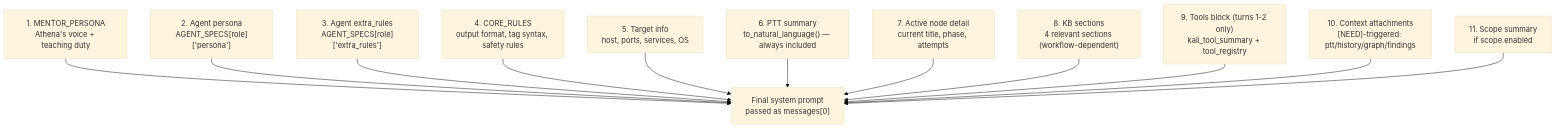
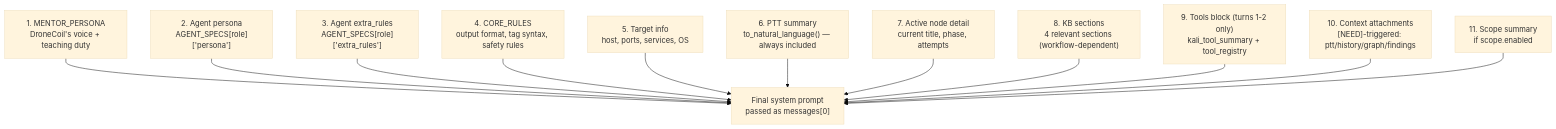
One commit to VV-B0Y/Grenulus-CLI changed the sixth of 8 diagrams in docs/DEVELOPER_GUIDE.md. Above: the diagram before and after it, drawn with Mermaid (base theme). The commit also changed other lines of this file and 13 other files, not shown here.

Commit message:
rebrand: rename project from Athena/Grenulus-CLI to DroneCoil

````diff
--- a/docs/DEVELOPER_GUIDE.md
+++ b/docs/DEVELOPER_GUIDE.md
@@ -475,15 +475,15 @@
 ```mermaid
 graph TD
-    A["1. MENTOR_PERSONA<br/>Athena's voice + teaching duty"] --> P
+    A["1. MENTOR_PERSONA<br/>DroneCoil's voice + teaching duty"] --> P
     B["2. Agent persona<br/>AGENT_SPECS[role]['persona']"] --> P
     C["3. Agent extra_rules<br/>AGENT_SPECS[role]['extra_rules']"] --> P
     D["4. CORE_RULES<br/>output format, tag syntax, safety rules"] --> P
     E["5. Target info<br/>host, ports, services, OS"] --> P
     F["6. PTT summary<br/>to_natural_language() — always included"] --> P
     G["7. Active node detail<br/>current title, phase, attempts"] --> P
     H["8. KB sections<br/>4 relevant sections (workflow-dependent)"] --> P
     I["9. Tools block (turns 1-2 only)<br/>kali_tool_summary + tool_registry"] --> P
     J["10. Context attachments<br/>[NEED]-triggered: ptt/history/graph/findings"] --> P
     K["11. Scope summary<br/>if scope.enabled"] --> P
     P["Final system prompt<br/>passed as messages[0]"]
 ```
````
